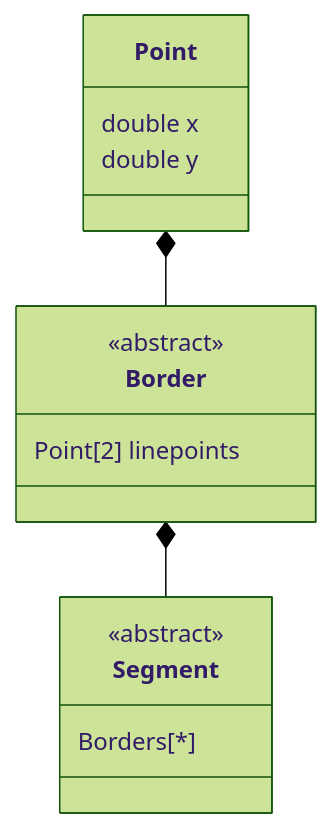
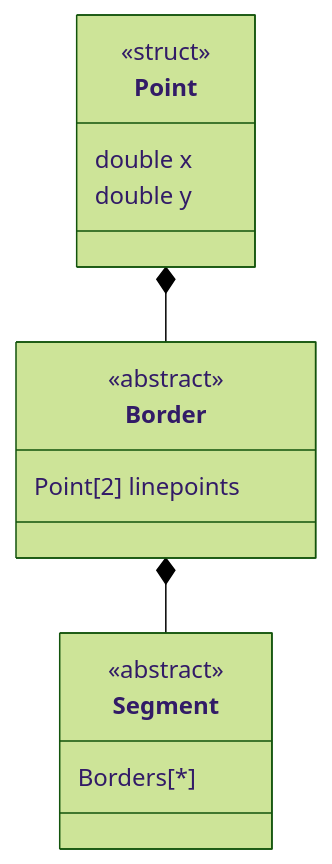
One commit to mrCorat/MapMaker changed the diagram in AbstractGeomentryObject/README.md. Above: the diagram before and after it, drawn with Mermaid (forest theme).

Commit message:
Added Abstract Geometry

````diff
--- a/AbstractGeomentryObject/README.md
+++ b/AbstractGeomentryObject/README.md
@@ -5,14 +5,15 @@
 ```mermaid
 classDiagram   
     class Point
     class Border
     class Segment
+    <<struct>> Point
     <<abstract>> Border
     <<abstract>> Segment
     Point : double x
     Point : double y
     Border : Point[2] linepoints
     Segment : Borders[*]
     Point *-- Border
     Border *-- Segment
 ```
````
